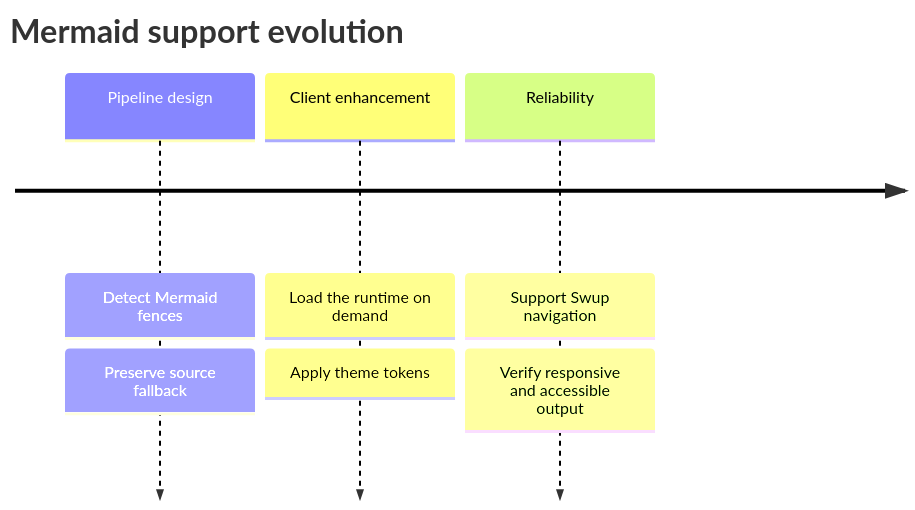
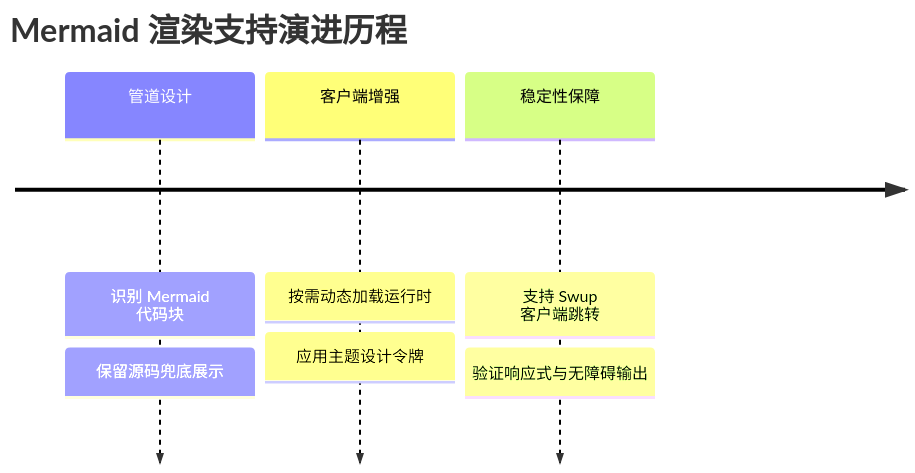
Before and after one commit to Dawn6666666/Shirone: the tenth of 14 diagrams in src/content/posts/markdown-mermaid.md, drawn with Mermaid. The commit also changed other lines of this file and 28 other files, not shown here.

````diff
--- a/src/content/posts/markdown-mermaid.md
+++ b/src/content/posts/markdown-mermaid.md
@@ -212,10 +212,10 @@
 ```mermaid
 timeline
-    title Mermaid support evolution
-    Pipeline design : Detect Mermaid fences
-                    : Preserve source fallback
-    Client enhancement : Load the runtime on demand
-                       : Apply theme tokens
-    Reliability : Support Swup navigation
-                : Verify responsive and accessible output
+    title Mermaid 渲染支持演进历程
+    管道设计 : 识别 Mermaid 代码块
+             : 保留源码兜底展示
+    客户端增强 : 按需动态加载运行时
+               : 应用主题设计令牌
+    稳定性保障 : 支持 Swup 客户端跳转
+               : 验证响应式与无障碍输出
 ```
````
